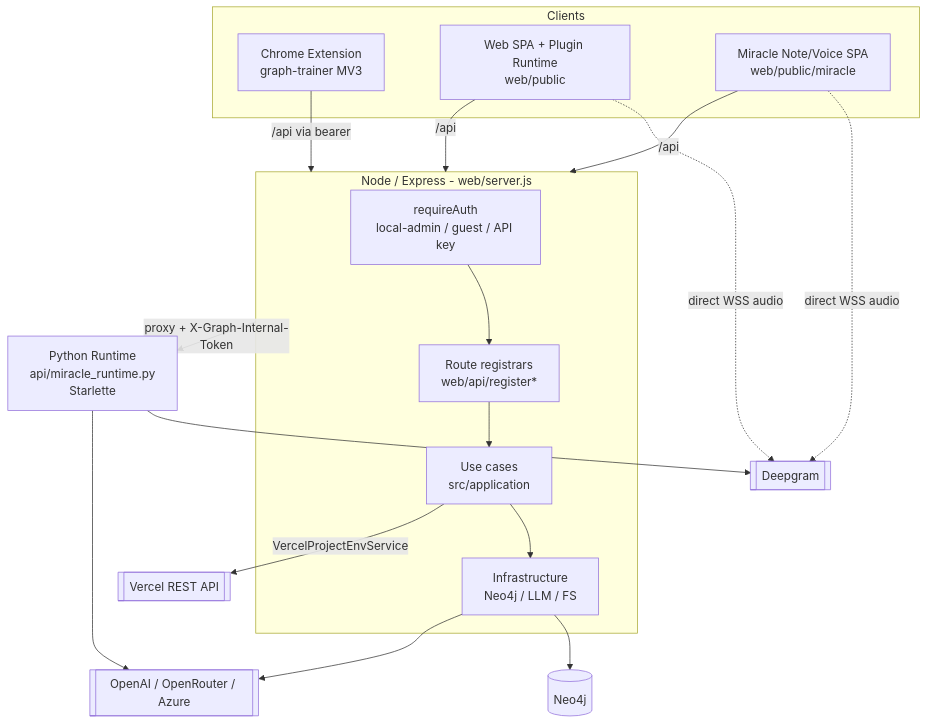
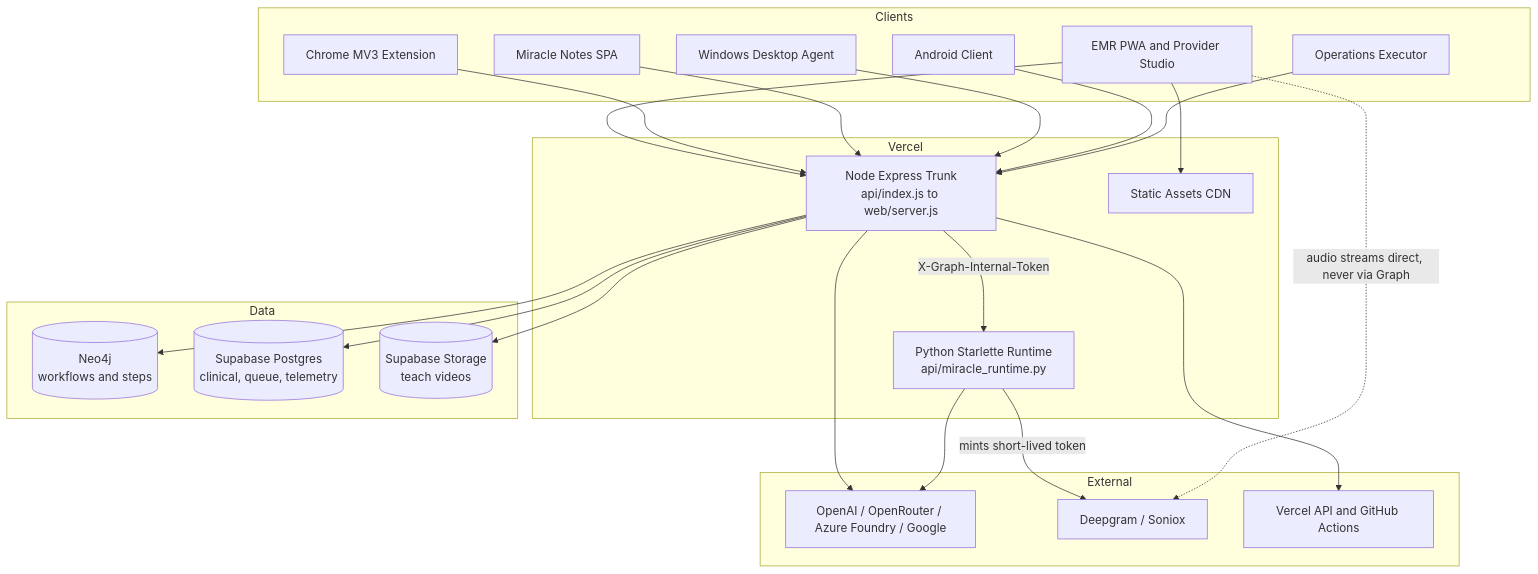
One commit to ZevCorp/Miracle changed the first of 6 diagrams in graph/architecture-infrastructure.md. Above: the diagram before and after it, drawn with Mermaid. The commit also changed other lines of this file, not shown here.

````diff
--- a/graph/architecture-infrastructure.md
+++ b/graph/architecture-infrastructure.md
@@ -271,32 +464,47 @@
 ```mermaid
 flowchart TD
     subgraph Clients
-        EXT[Chrome Extension\ngraph-trainer MV3]
-        WEB[Web SPA + Plugin Runtime\nweb/public]
-        SPA[Miracle Note/Voice SPA\nweb/public/miracle]
+        EMR[EMR PWA and Provider Studio]
+        EXT[Chrome MV3 Extension]
+        SPA[Miracle Notes SPA]
+        WIN[Windows Desktop Agent]
+        AND[Android Client]
+        OPS[Operations Executor]
     end
-    subgraph NodeBackend[Node / Express - web/server.js]
-        AUTH[requireAuth\nlocal-admin / guest / API key]
-        ROUTES[Route registrars\nweb/api/register*]
-        UC[Use cases\nsrc/application]
-        INFRA[Infrastructure\nNeo4j / LLM / FS]
+
+    subgraph Vercel
+        NODE[Node Express Trunk<br/>api/index.js to web/server.js]
+        PY[Python Starlette Runtime<br/>api/miracle_runtime.py]
+        CDN[Static Assets CDN]
     end
-    PY[Python Runtime\napi/miracle_runtime.py\nStarlette]
-    NEO[(Neo4j)]
-    LLM[[OpenAI / OpenRouter / Azure]]
-    DG[[Deepgram]]
-    VERCEL[[Vercel REST API]]
 
-    EXT -->|/api via bearer| NodeBackend
-    WEB -->|/api| NodeBackend
-    SPA -->|/api| NodeBackend
-    AUTH --> ROUTES --> UC --> INFRA
-    INFRA --> NEO
-    INFRA --> LLM
-    UC -->|VercelProjectEnvService| VERCEL
-    NodeBackend -->|proxy + X-Graph-Internal-Token| PY
-    PY --> DG
+    subgraph Data
+        NEO[(Neo4j<br/>workflows and steps)]
+        SUPA[(Supabase Postgres<br/>clinical, queue, telemetry)]
+        STOR[(Supabase Storage<br/>teach videos)]
+    end
+
+    subgraph External
+        LLM[OpenAI / OpenRouter / Azure Foundry / Google]
+        STT[Deepgram / Soniox]
+        VAPI[Vercel API and GitHub Actions]
+    end
+
+    EMR --> CDN
+    EMR --> NODE
+    EXT --> NODE
+    SPA --> NODE
+    WIN --> NODE
+    AND --> NODE
+    OPS --> NODE
+
+    NODE -->|X-Graph-Internal-Token| PY
+    NODE --> NEO
+    NODE --> SUPA
+    NODE --> LLM
+    NODE --> VAPI
+    NODE --> STOR
     PY --> LLM
-    SPA -. direct WSS audio .-> DG
-    WEB -. direct WSS audio .-> DG
+    PY -->|mints short-lived token| STT
+    EMR -.->|audio streams direct, never via Graph| STT
 ```
````
